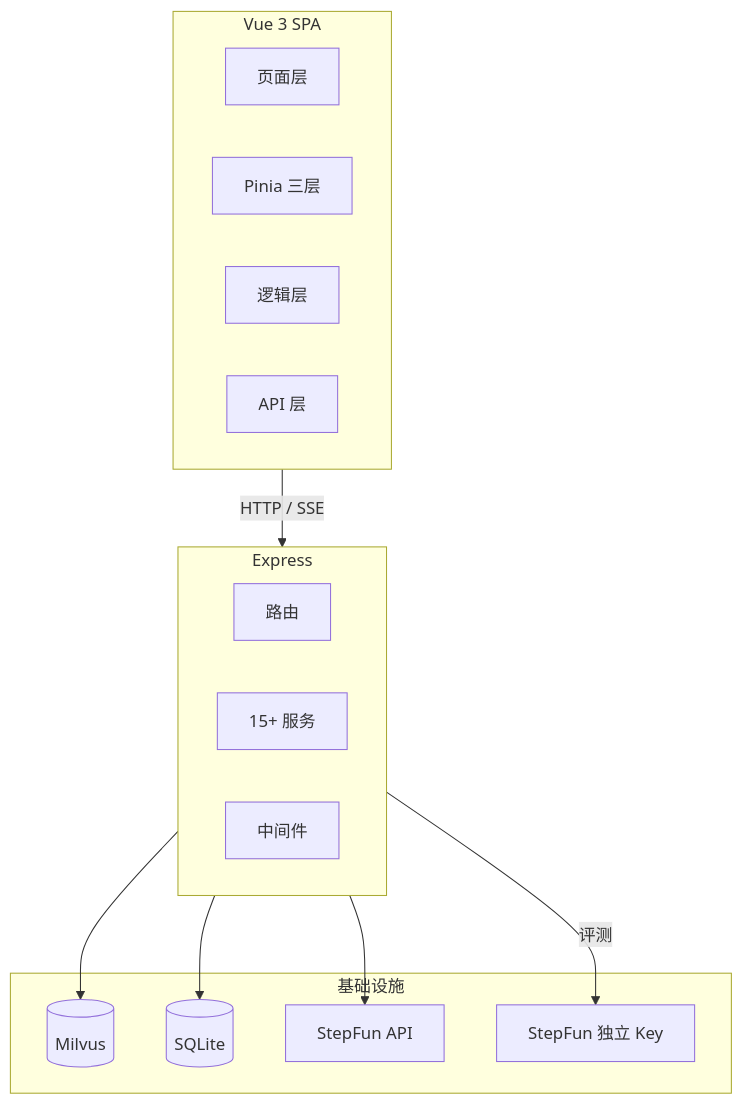
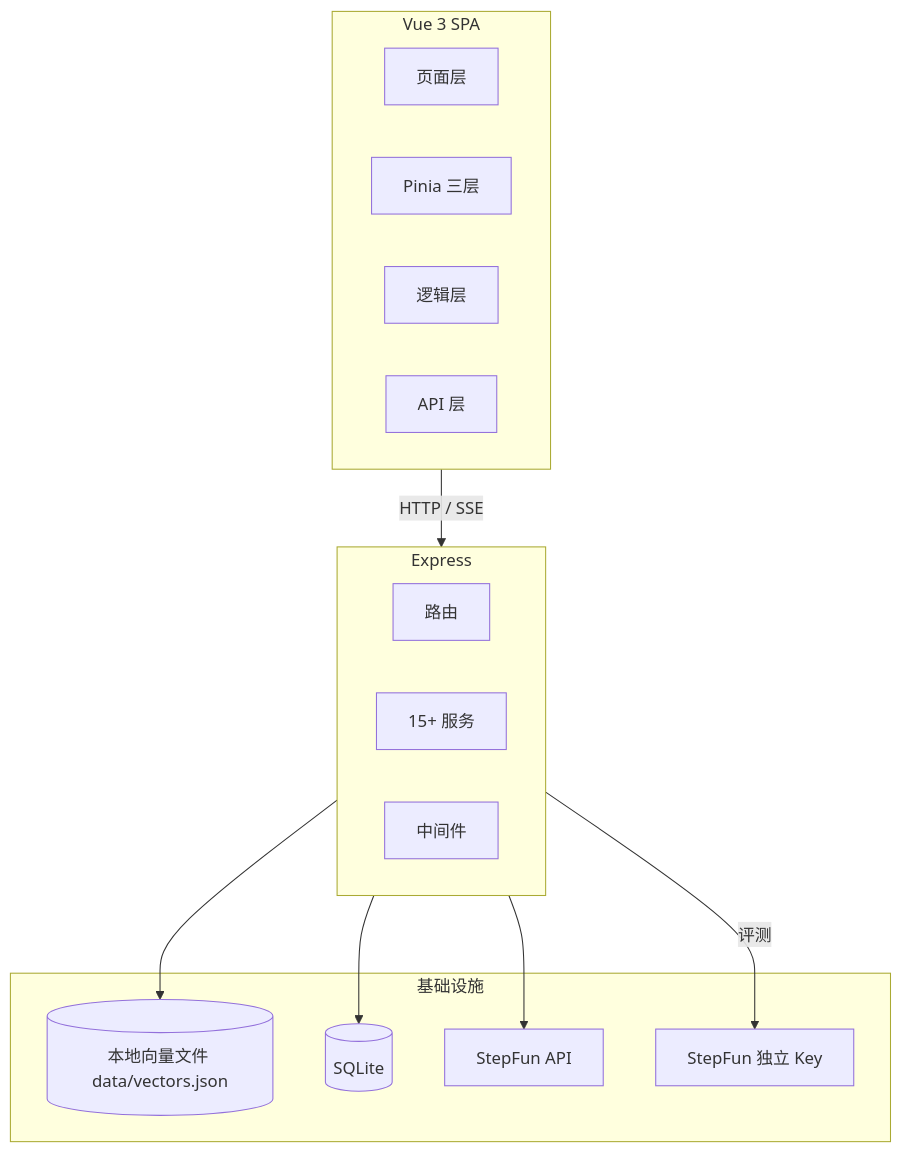
Before and after one commit to L123121/Vue3_WUT_LLM: the diagram in CLAUDE.md, drawn with Mermaid. The commit also changed other lines of this file and 7 other files, not shown here.

````diff
--- a/CLAUDE.md
+++ b/CLAUDE.md
@@ -9,28 +9,28 @@
 ```mermaid
 graph TB
     subgraph 前端 [Vue 3 SPA]
         Views[页面层]
         Stores[Pinia 三层]
         Composables[逻辑层]
         API[API 层]
     end
 
     subgraph 后端 [Express]
         Routes[路由]
         Services[15+ 服务]
         Middleware[中间件]
     end
 
     subgraph 基础设施
-        Milvus[(Milvus)]
+        VectorFile[(本地向量文件 data/vectors.json)]
         SQLite[(SQLite)]
         StepFun[StepFun API]
         JudgeAPI[StepFun 独立 Key]
     end
 
     前端 -->|HTTP / SSE| 后端
-    后端 --> Milvus
+    后端 --> VectorFile
     后端 --> SQLite
     后端 --> StepFun
     后端 -->|评测| JudgeAPI
 ```
````
